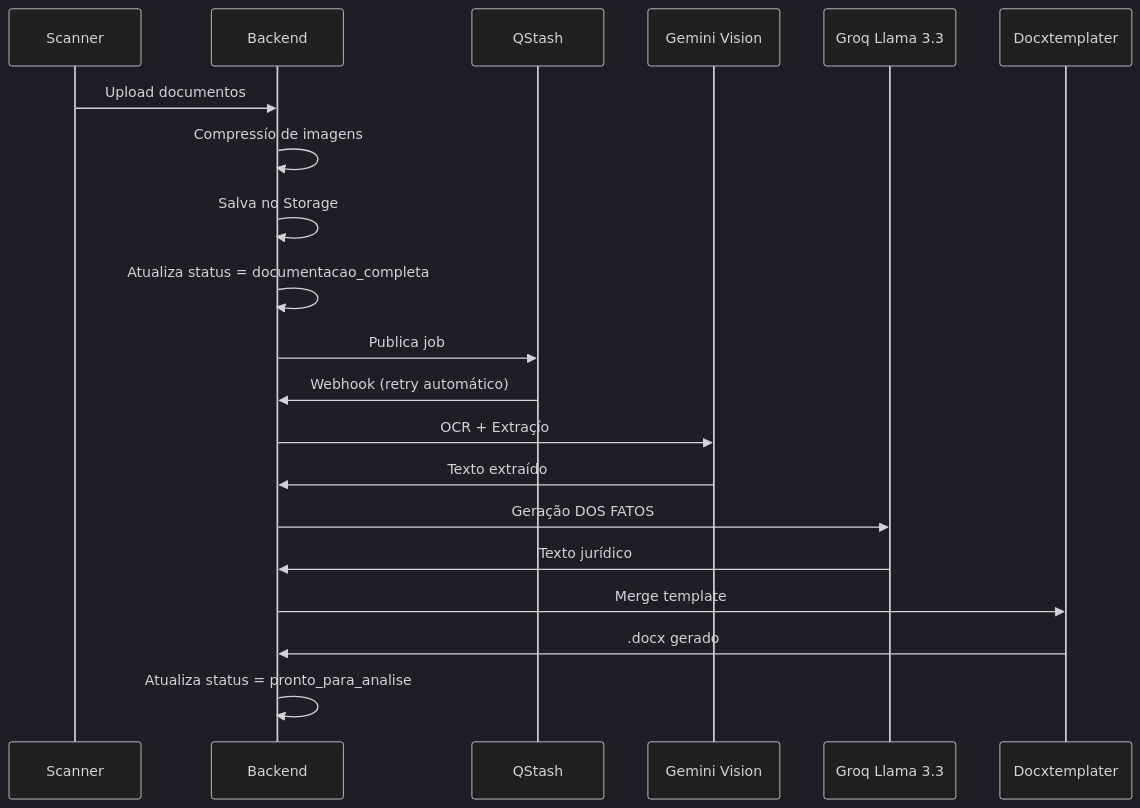
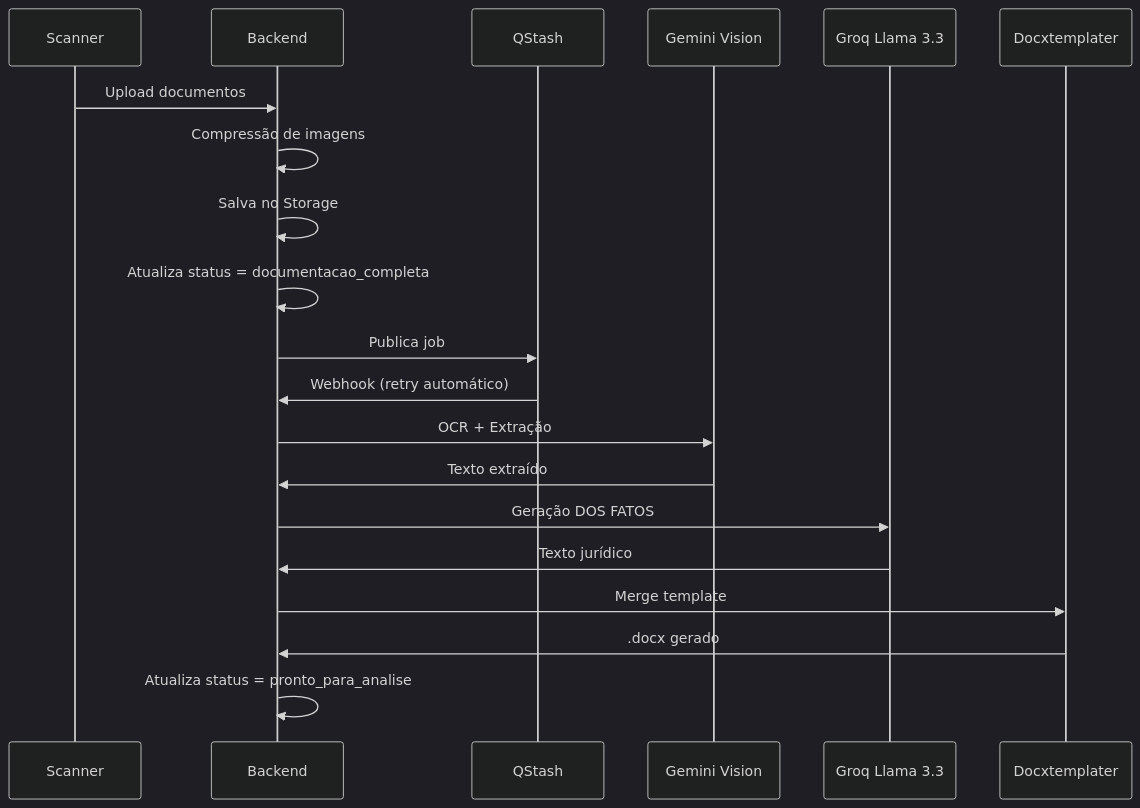
The third of 4 diagrams in claude.md (CJVW-Code/maes_acao), drawn with Mermaid (dark theme) before and after one commit. The commit also changed other lines of this file and 12 other files, not shown here.

````diff
--- a/claude.md
+++ b/claude.md
@@ -294,23 +298,23 @@
 ```mermaid
 sequenceDiagram
     participant S as Scanner
     participant B as Backend
     participant Q as QStash
     participant G as Gemini Vision
     participant Groq as Groq Llama 3.3
     participant D as Docxtemplater
 
     S->>B: Upload documentos
-    B->>B: Compressío de imagens
+    B->>B: Compressão de imagens
     B->>B: Salva no Storage
     B->>B: Atualiza status = documentacao_completa
     B->>Q: Publica job
     Q->>B: Webhook (retry automático)
-    B->>G: OCR + Extraçío
+    B->>G: OCR + Extração
     G->>B: Texto extraído
     B->>Groq: Geração DOS FATOS
     Groq->>B: Texto jurídico
     B->>D: Merge template
     D->>B: .docx gerado
     B->>B: Atualiza status = pronto_para_analise
 ```
````
